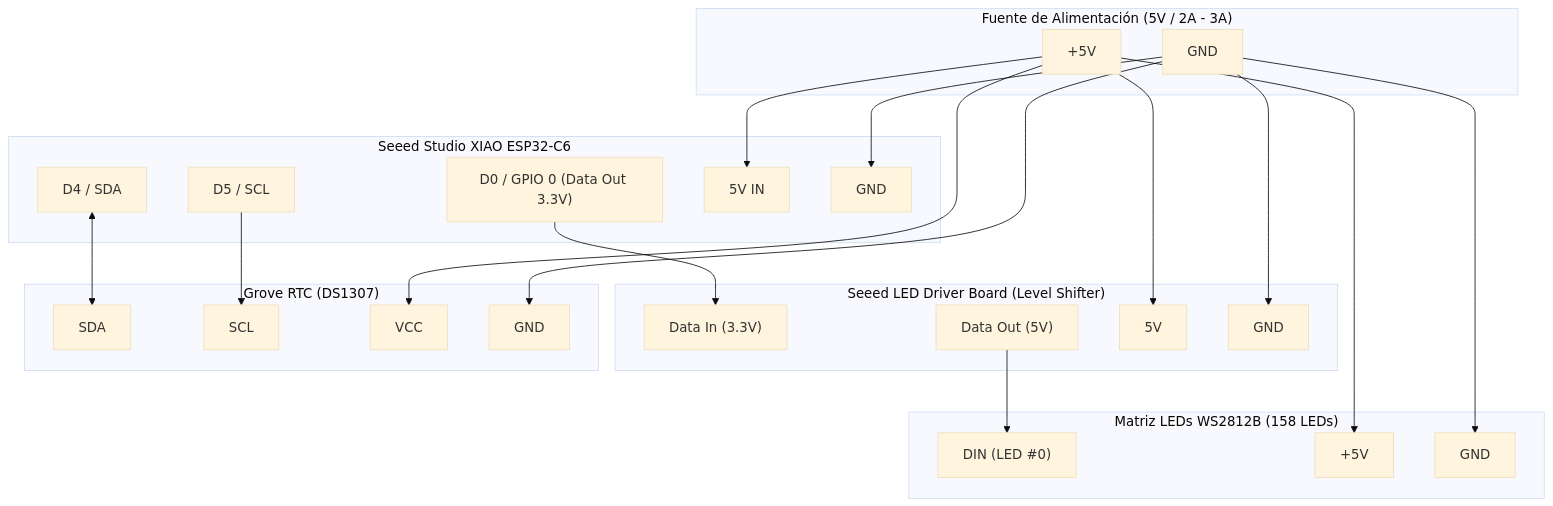
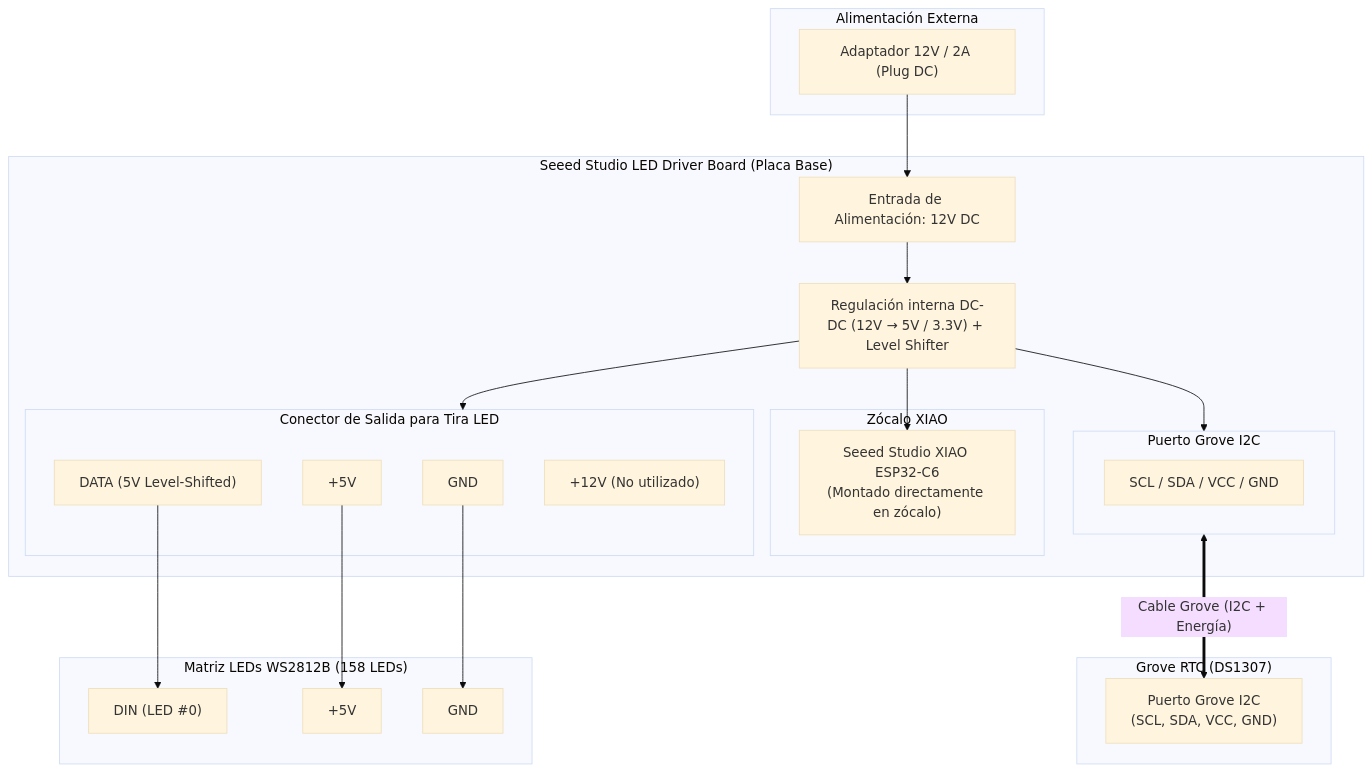
One commit to AINxStep/wordclock-xiao-led changed the diagram in README.md. Above: the diagram before and after it, drawn with Mermaid (base theme). The commit also changed other lines of this file and 1 other file, not shown here.

Commit message:
docs: correct hardware wiring diagram and specifications for Seeed LED Driver Board (12V input, on-board Grove and LED output)

````diff
--- a/README.md
+++ b/README.md
@@ -89,51 +86,48 @@
 ```mermaid
 flowchart TD
-    subgraph PWR["Fuente de Alimentación (5V / 2A - 3A)"]
-        V5["+5V"]
-        GND_PWR["GND"]
+    subgraph PWR["Alimentación Externa"]
+        V12["Adaptador 12V / 2A (Plug DC)"]
     end
 
-    subgraph MCU["Seeed Studio XIAO ESP32-C6"]
-        GPIO0["D0 / GPIO 0 (Data Out 3.3V)"]
-        SDA["D4 / SDA"]
-        SCL["D5 / SCL"]
-        VCC_MCU["5V IN"]
-        GND_MCU["GND"]
-    end
+    subgraph DriverBoard["Seeed Studio LED Driver Board (Placa Base)"]
+        DC_IN["Entrada de Alimentación: 12V DC"]
+        REG["Regulación interna DC-DC (12V → 5V / 3.3V) + Level Shifter"]
 
-    subgraph LevelShifter["Seeed LED Driver Board (Level Shifter)"]
-        DIN_LV["Data In (3.3V)"]
-        DOUT_HV["Data Out (5V)"]
-        VCC_LS["5V"]
-        GND_LS["GND"]
+        subgraph XiaoSocket["Zócalo XIAO"]
+            XIAO["Seeed Studio XIAO ESP32-C6<br>(Montado directamente en zócalo)"]
+        end
+
+        subgraph GrovePort["Puerto Grove I2C"]
+            GROVE_OUT["SCL / SDA / VCC / GND"]
+        end
+
+        subgraph LedOut["Conector de Salida para Tira LED"]
+            OUT_GND["GND"]
+            OUT_DAT["DATA (5V Level-Shifted)"]
+            OUT_5V["+5V"]
+            OUT_12V["+12V (No utilizado)"]
+        end
     end
 
     subgraph RTC["Grove RTC (DS1307)"]
-        RTC_SDA["SDA"]
-        RTC_SCL["SCL"]
-        RTC_VCC["VCC"]
-        RTC_GND["GND"]
+        RTC_PORT["Puerto Grove I2C<br>(SCL, SDA, VCC, GND)"]
     end
 
     subgraph Matriz["Matriz LEDs WS2812B (158 LEDs)"]
-        DIN_LED["DIN (LED #0)"]
-        VCC_LED["+5V"]
-        GND_LED["GND"]
+        LED_DIN["DIN (LED #0)"]
+        LED_VCC["+5V"]
+        LED_GND["GND"]
     end
 
-    V5 --> VCC_MCU
-    V5 --> VCC_LS
-    V5 --> RTC_VCC
-    V5 --> VCC_LED
+    V12 --> DC_IN
+    DC_IN --> REG
+    REG --> XIAO
+    REG --> GrovePort
+    REG --> LedOut
 
-    GND_PWR --> GND_MCU
-    GND_PWR --> GND_LS
-    GND_PWR --> RTC_GND
-    GND_PWR --> GND_LED
+    GrovePort <== Cable Grove (I2C + Energía) ==> RTC_PORT
 
-    GPIO0 --> DIN_LV
-    DOUT_HV --> DIN_LED
-
-    SDA <--> RTC_SDA
-    SCL --> RTC_SCL
+    OUT_DAT --> LED_DIN
+    OUT_5V --> LED_VCC
+    OUT_GND --> LED_GND
 ```
````
